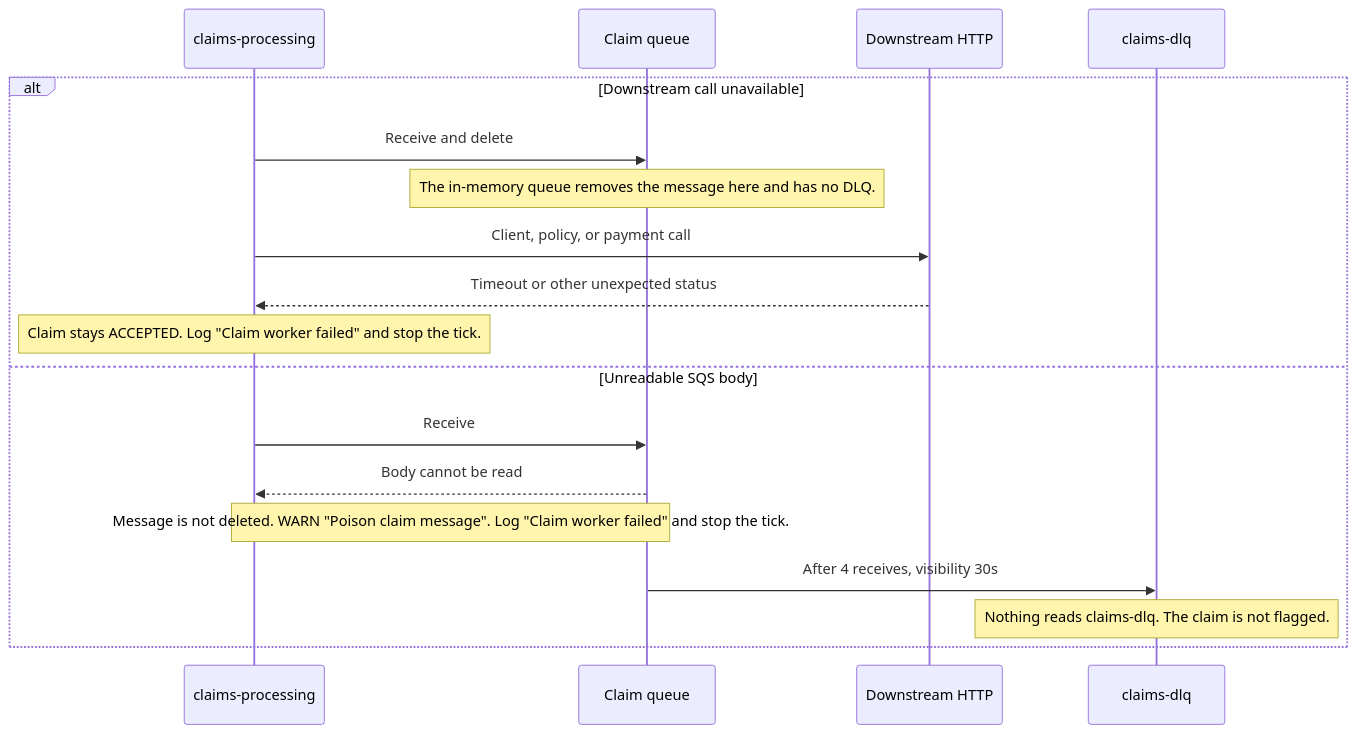
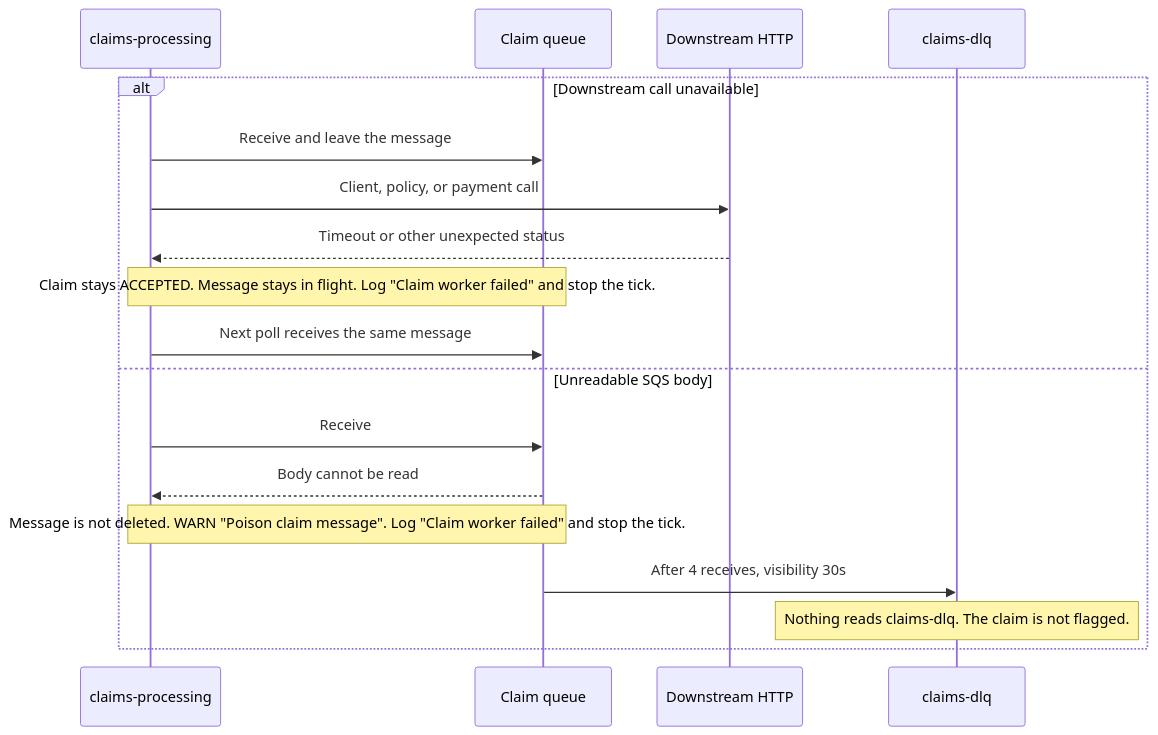
Before and after one commit to srf0407/claims-case-study: the fourth of 7 diagrams in claims-processing/docs/solution.md, drawn with Mermaid. The commit also changed other lines of this file and 6 other files, not shown here.

First line of the commit message:
docs: label the running sample and the ideal claims flow

````diff
--- a/claims-processing/docs/solution.md
+++ b/claims-processing/docs/solution.md
@@ -114,21 +116,21 @@
 ```mermaid
 sequenceDiagram
   participant API as claims-processing
   participant Queue as Claim queue
   participant Down as Downstream HTTP
   participant DLQ as claims-dlq
 
   alt Downstream call unavailable
-    API->>Queue: Receive and delete
-    Note over Queue: The in-memory queue removes the message here and has no DLQ.
+    API->>Queue: Receive and leave the message
     API->>Down: Client, policy, or payment call
     Down-->>API: Timeout or other unexpected status
-    Note over API: Claim stays ACCEPTED. Log "Claim worker failed" and stop the tick.
+    Note over API,Queue: Claim stays ACCEPTED. Message stays in flight. Log "Claim worker failed" and stop the tick.
+    API->>Queue: Next poll receives the same message
   else Unreadable SQS body
     API->>Queue: Receive
     Queue-->>API: Body cannot be read
     Note over API,Queue: Message is not deleted. WARN "Poison claim message". Log "Claim worker failed" and stop the tick.
     Queue->>DLQ: After 4 receives, visibility 30s
     Note over DLQ: Nothing reads claims-dlq. The claim is not flagged.
   end
 ```
````
